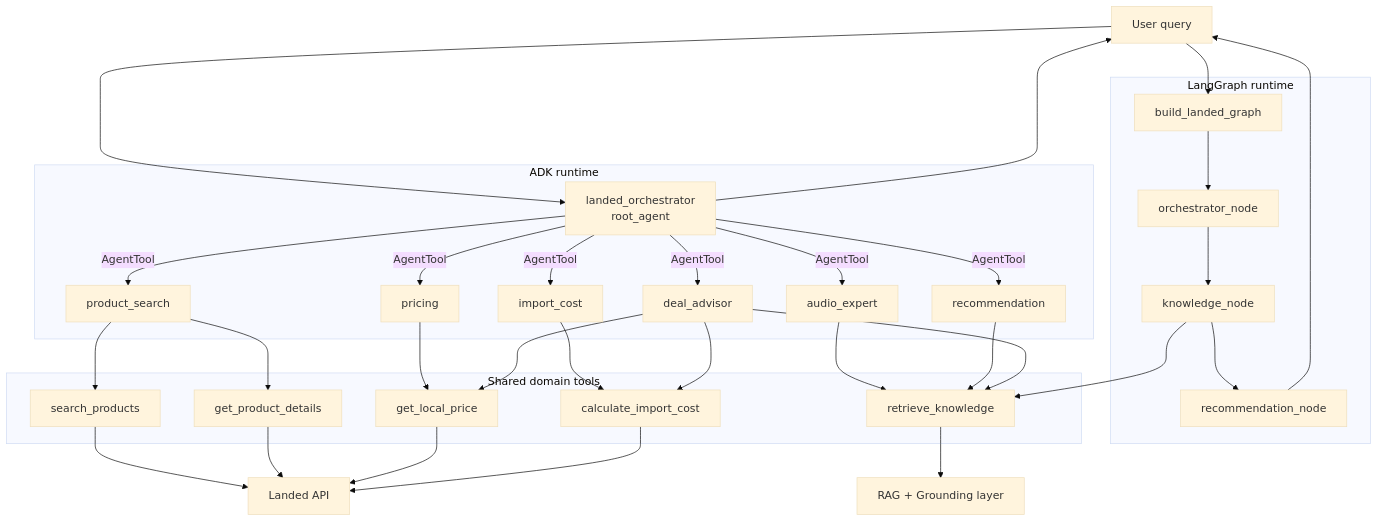
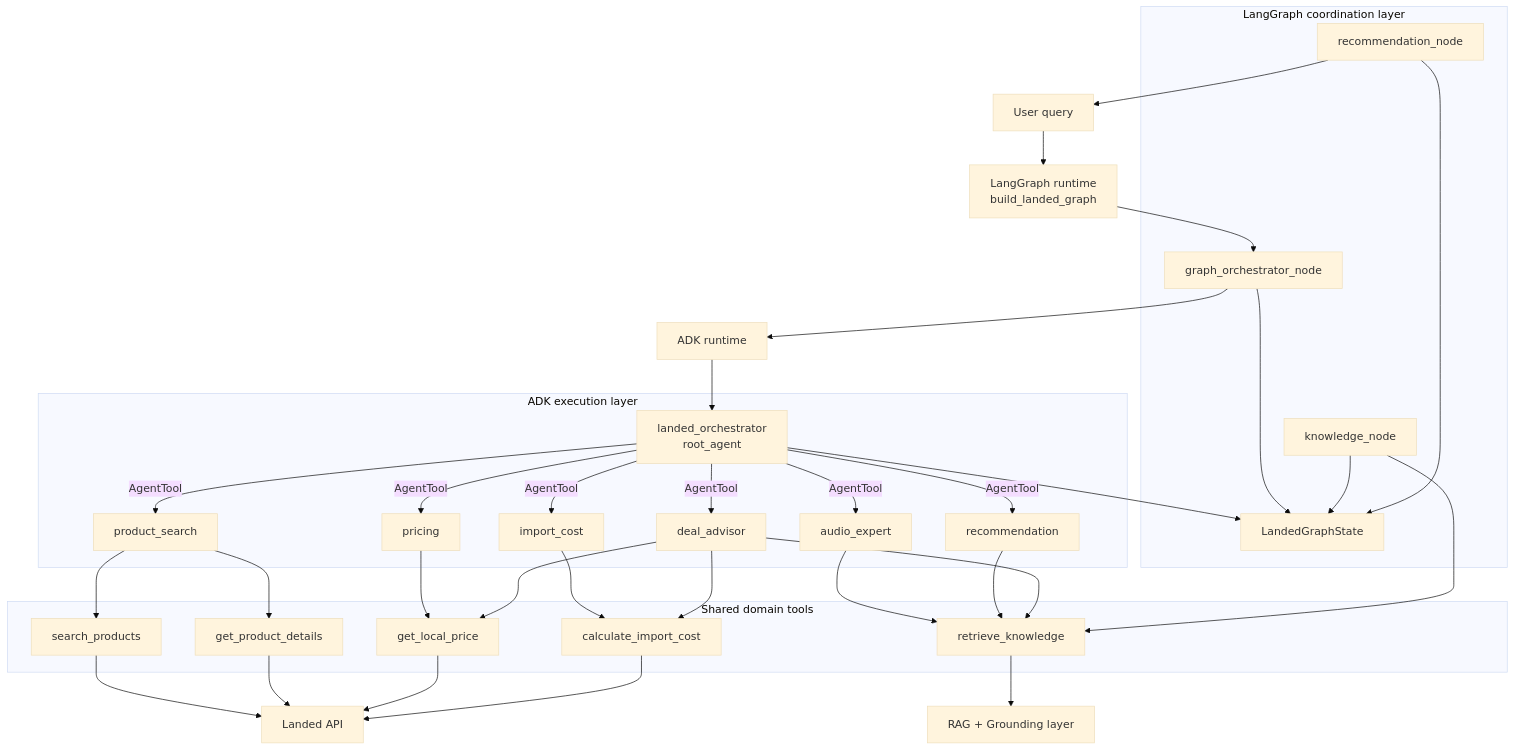
The first of 7 diagrams in docs/architecture-diagram.md (luisfm44/landed-agent), drawn with Mermaid (base theme) before and after one commit. The commit also changed other lines of this file and 4 other files, not shown here.

First line of the commit message:
Clarify LangGraph as coordination layer wrapping ADK execution.

````diff
--- a/docs/architecture-diagram.md
+++ b/docs/architecture-diagram.md
@@ -9,61 +9,63 @@
 ```mermaid
 flowchart TB
-    USER[User query]
+    USER[User query] --> LG[LangGraph runtime<br/>build_landed_graph]
 
-    subgraph adk [ADK runtime]
+    subgraph graph [LangGraph coordination layer]
+        STATE[LandedGraphState]
+        GO[graph_orchestrator_node]
+        KN[knowledge_node]
+        RN[recommendation_node]
+    end
+
+    LG --> GO
+    GO --> STATE
+    GO --> ADK
+
+    subgraph adk [ADK execution layer]
         ORCH[landed_orchestrator<br/>root_agent]
         PS[product_search]
         AE[audio_expert]
         PR[pricing]
         IC[import_cost]
         DA[deal_advisor]
         REC[recommendation]
     end
 
-    subgraph graph [LangGraph runtime]
-        LG[build_landed_graph]
-        GN1[orchestrator_node]
-        GN2[knowledge_node]
-        GN3[recommendation_node]
-    end
-
-    USER --> ORCH
-    USER --> LG
-
+    ADK[ADK runtime] --> ORCH
     ORCH -->|AgentTool| PS
     ORCH -->|AgentTool| AE
     ORCH -->|AgentTool| PR
     ORCH -->|AgentTool| IC
     ORCH -->|AgentTool| DA
     ORCH -->|AgentTool| REC
-
-    LG --> GN1 --> GN2 --> GN3
 
     subgraph tools [Shared domain tools]
         T1[search_products]
         T2[get_product_details]
         T3[get_local_price]
         T4[calculate_import_cost]
         T5[retrieve_knowledge]
     end
 
     PS --> T1
     PS --> T2
     PR --> T3
     IC --> T4
     DA --> T3
     DA --> T4
     AE --> T5
     REC --> T5
     DA --> T5
-    GN2 --> T5
+    KN --> T5
 
     T1 --> API[Landed API]
     T2 --> API
     T3 --> API
     T4 --> API
     T5 --> RAG[RAG + Grounding layer]
 
-    ORCH --> USER
-    GN3 --> USER
+    ORCH --> STATE
+    KN --> STATE
+    RN --> STATE
+    RN --> USER
 ```
````
